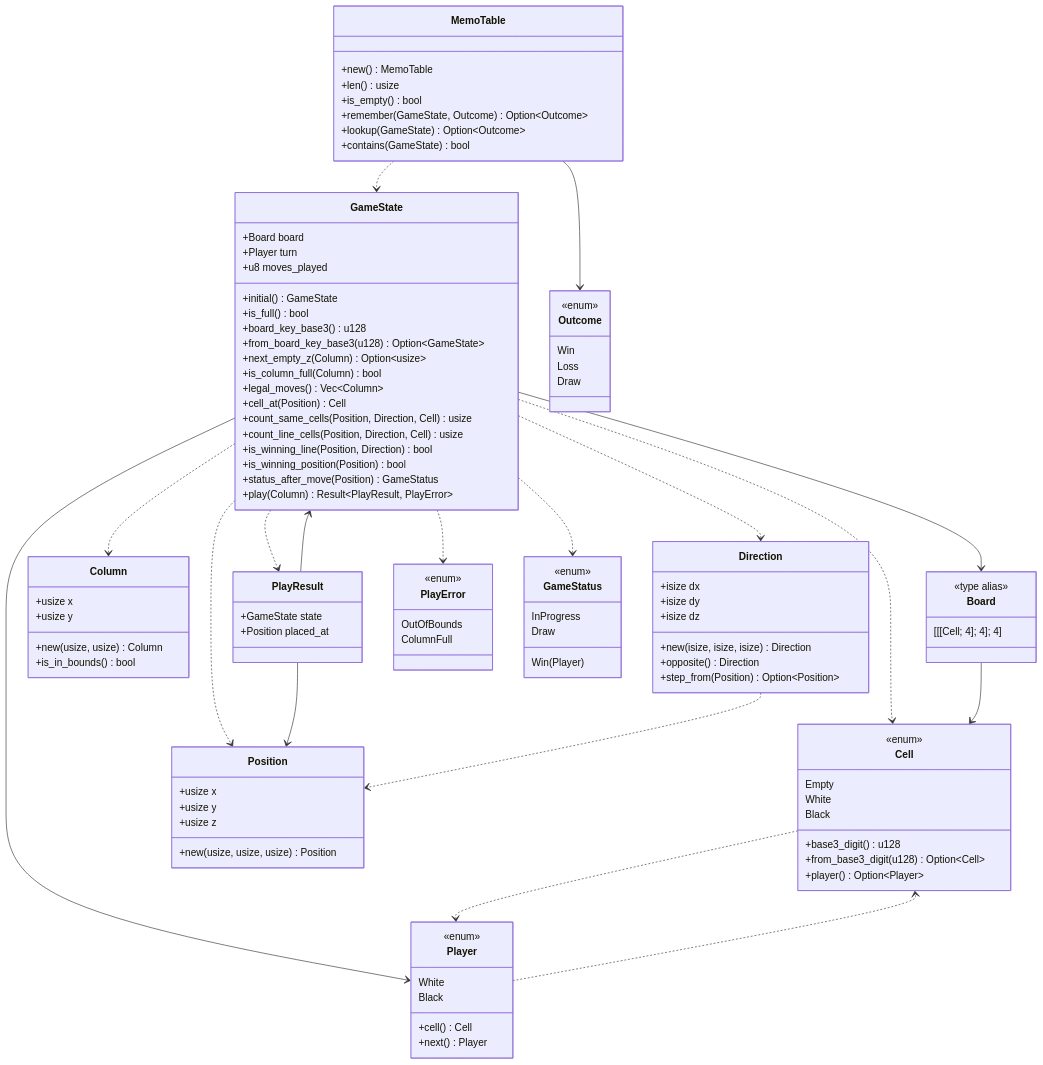
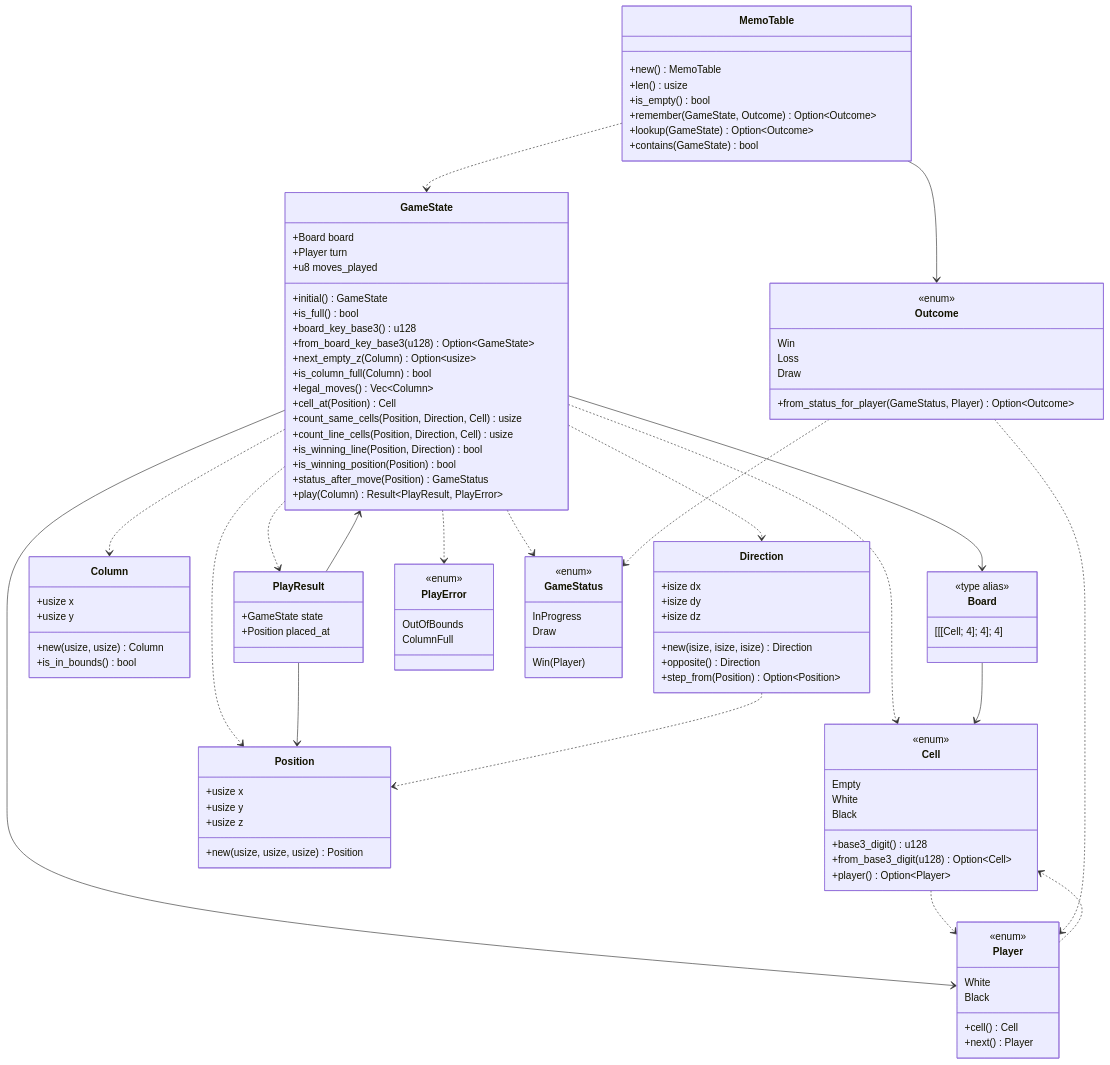
Before and after one commit to keiichiro-sonoda/rittai4moku: the first of 9 diagrams in docs/uml.md, drawn with Mermaid. The commit also changed other lines of this file and 5 other files, not shown here.

Commit message:
feat: Implement Outcome conversion from GameStatus for player perspective

````diff
--- a/docs/uml.md
+++ b/docs/uml.md
@@ -101,6 +101,7 @@
         Win
         Loss
         Draw
+        +from_status_for_player(GameStatus, Player) Option~Outcome~
     }
 
     class MemoTable {
@@ -129,4 +130,6 @@
     Direction ..> Position
     MemoTable ..> GameState
     MemoTable --> Outcome
+    Outcome ..> GameStatus
+    Outcome ..> Player
 ```
````
